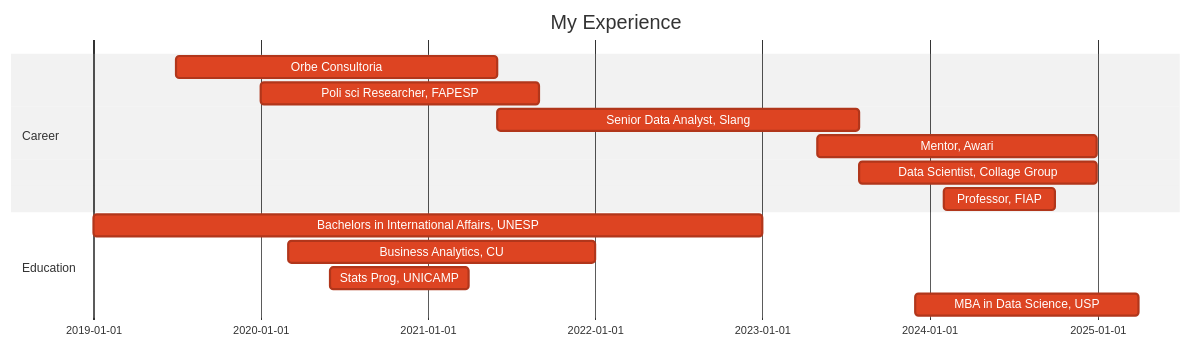
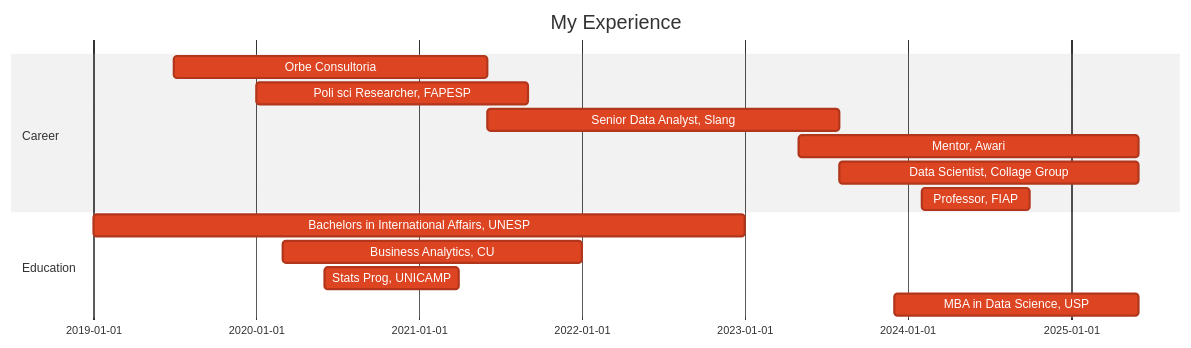
The diagram in README.md (ViniciusARZ/ViniciusARZ), drawn with Mermaid (neutral theme) before and after one commit.

````diff
--- a/README.md
+++ b/README.md
@@ -9,21 +9,21 @@
 ```mermaid
 
 gantt
 dateFormat  YYYY-MM-DD
 title My Experience
 
 section Career
 Orbe Consultoria           :crit, 2019-07-01,2021-06-01
 Poli sci Researcher, FAPESP           :crit, 2020-01-01,2021-09-01
 Senior Data Analyst, Slang         :crit, 2021-06-01,2023-08-01
-Mentor, Awari       :crit, 2023-05-01,2024-12-31
-Data Scientist, Collage Group       :crit, 2023-08-01,2024-12-31
+Mentor, Awari       :crit, 2023-05-01,2025-06-01
+Data Scientist, Collage Group       :crit, 2023-08-01,2025-06-01
 Professor, FIAP :crit, 2024-02-01,2024-10-01
 
 section Education
 Bachelors in International Affairs, UNESP             :crit, 2019-01-01,2022-12-31
 Business Analytics, CU             :crit, 2020-03-01,2021-12-31
 Stats Prog, UNICAMP             :crit, 2020-06-01,2021-03-31
-MBA in Data Science, USP             :crit, 2023-12-01,2025-04-01
+MBA in Data Science, USP             :crit, 2023-12-01,2025-06-01
 
 ```
````
